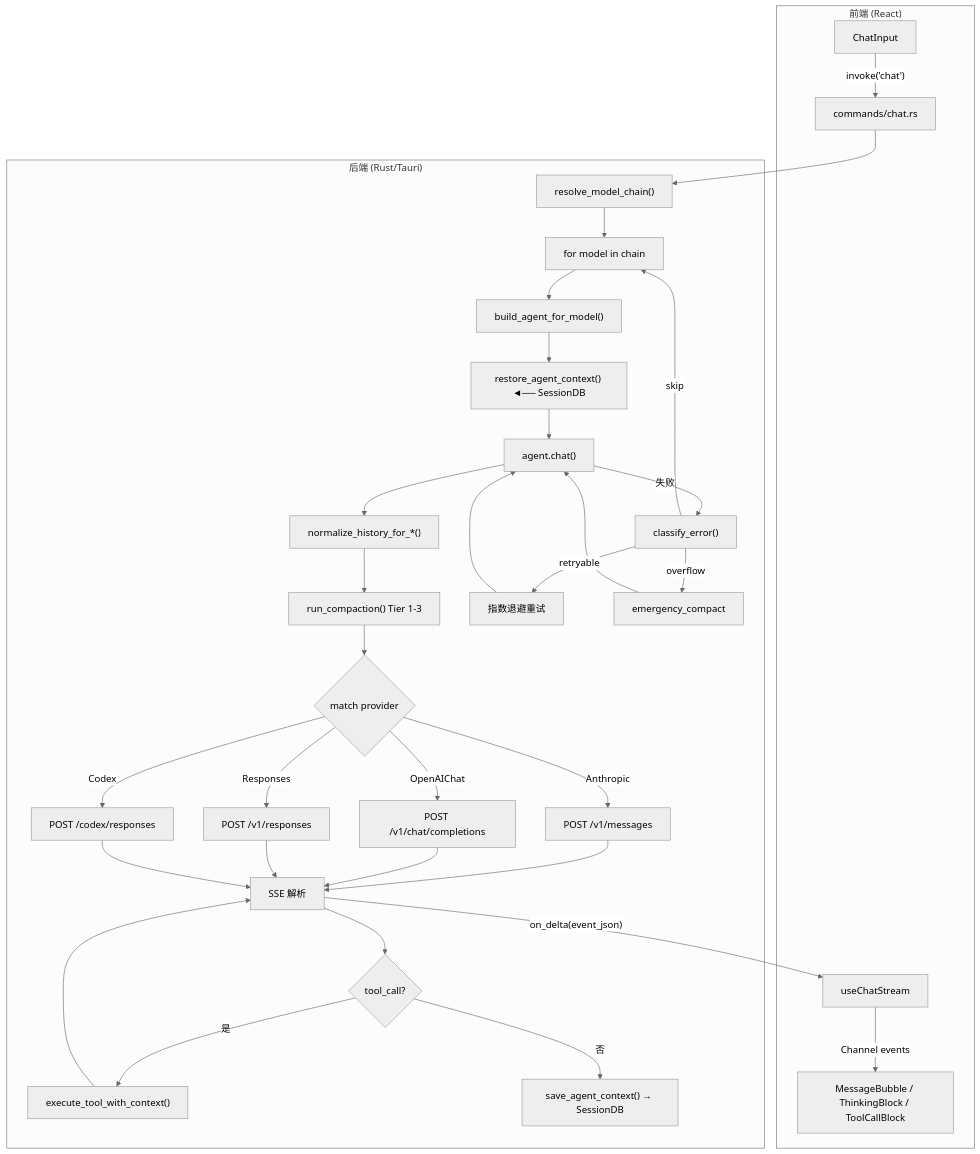
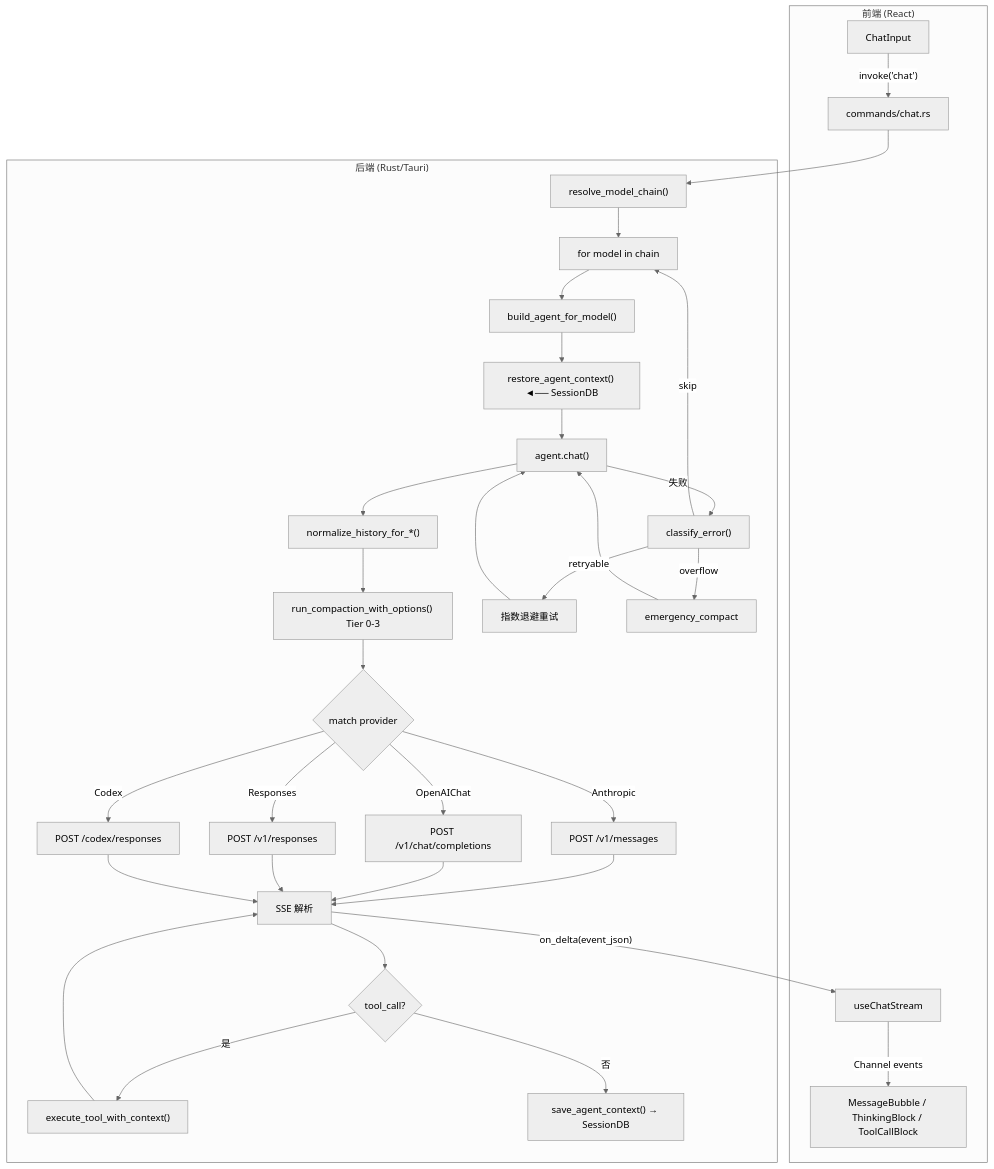
Before and after one commit to gabrielmoreira/agent-skills-mirror: diagram 16 of 16 in mirrors/repos/shiwenwen@hope-agent/docs/architecture/provider-system.md, drawn with Mermaid (neutral theme). The commit also changed other lines of this file and 2381 other files, not shown here.

````diff
--- a/mirrors/repos/shiwenwen@hope-agent/docs/architecture/provider-system.md
+++ b/mirrors/repos/shiwenwen@hope-agent/docs/architecture/provider-system.md
@@ -915,41 +916,41 @@
 ```mermaid
 flowchart TD
   subgraph Frontend["前端 (React)"]
     INPUT["ChatInput"] -->|"invoke('chat')"| INVOKE
     STREAM["useChatStream"] -->|"Channel events"| RENDER
     RENDER["MessageBubble / ThinkingBlock / ToolCallBlock"]
   end
 
   subgraph Backend["后端 (Rust/Tauri)"]
     INVOKE["commands/chat.rs"] --> RESOLVE["resolve_model_chain()"]
     RESOLVE --> LOOP["for model in chain"]
 
     LOOP --> BUILD["build_agent_for_model()"]
     BUILD --> RESTORE["restore_agent_context() ◄── SessionDB"]
     RESTORE --> AGENT["agent.chat()"]
 
     AGENT --> NORMALIZE["normalize_history_for_*()"]
-    NORMALIZE --> COMPACTION["run_compaction() Tier 1-3"]
+    NORMALIZE --> COMPACTION["run_compaction_with_options() Tier 0-3"]
     COMPACTION --> PROVIDER{"match provider"}
 
     PROVIDER -->|Anthropic| P1["POST /v1/messages"]
     PROVIDER -->|OpenAIChat| P2["POST /v1/chat/completions"]
     PROVIDER -->|Responses| P3["POST /v1/responses"]
     PROVIDER -->|Codex| P4["POST /codex/responses"]
 
     P1 & P2 & P3 & P4 --> SSE["SSE 解析"]
     SSE -->|"on_delta(event_json)"| STREAM
 
     SSE --> TOOLQ{"tool_call?"}
     TOOLQ -->|是| TEXEC["execute_tool_with_context()"]
     TEXEC --> SSE
     TOOLQ -->|否| SAVE["save_agent_context() → SessionDB"]
 
     AGENT -->|失败| CLASSIFY["classify_error()"]
     CLASSIFY -->|retryable| BACKOFF["指数退避重试"]
     BACKOFF --> AGENT
     CLASSIFY -->|overflow| EMERGENCY["emergency_compact"]
     EMERGENCY --> AGENT
     CLASSIFY -->|skip| LOOP
   end
 ```
````
